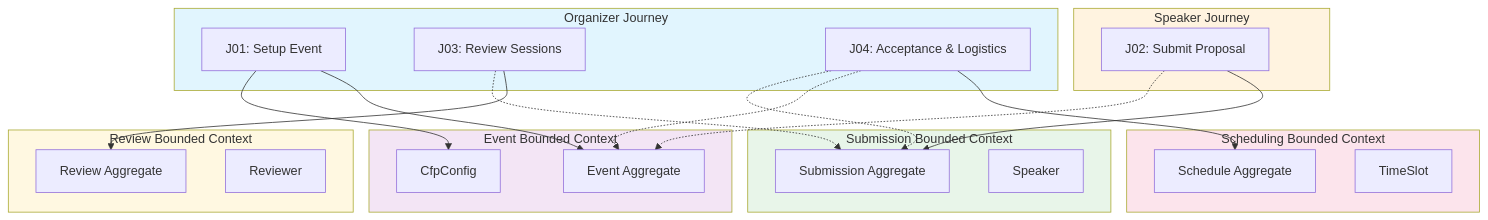
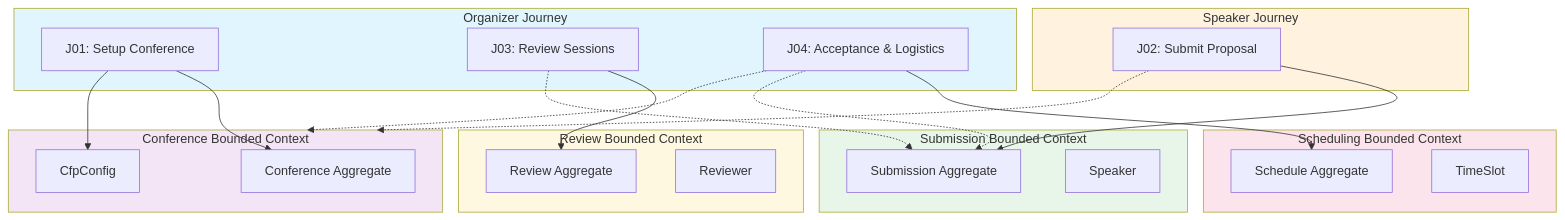
Before and after one commit to faparicior/SessioFlow: the diagram in docs/product/flows/README.md, drawn with Mermaid. The commit also changed other lines of this file and 48 other files, not shown here.

Commit message:
refactor: migrate Event bounded context to Conference bounded context in domain documentation

````diff
--- a/docs/product/flows/README.md
+++ b/docs/product/flows/README.md
@@ -119,49 +119,49 @@
 ```mermaid
 flowchart TB
     subgraph Organizer["Organizer Journey"]
-        J01[J01: Setup Event]
+        J01[J01: Setup Conference]
         J03[J03: Review Sessions]
         J04[J04: Acceptance & Logistics]
     end
 
     subgraph Speaker["Speaker Journey"]
         J02[J02: Submit Proposal]
     end
 
-    subgraph EventBC["Event Bounded Context"]
-        E[Event Aggregate]
+    subgraph ConferenceBC["Conference Bounded Context"]
+        E[Conference Aggregate]
         CFP[CfpConfig]
     end
 
     subgraph SubmissionBC["Submission Bounded Context"]
         S[Submission Aggregate]
         SP[Speaker]
     end
 
     subgraph ReviewBC["Review Bounded Context"]
         R[Review Aggregate]
         RV[Reviewer]
     end
 
     subgraph ScheduleBC["Scheduling Bounded Context"]
         SCH[Schedule Aggregate]
         TS[TimeSlot]
     end
 
     J01 --> E
     J01 --> CFP
     J02 --> S
-    J02 -.-> E
+    J02 -.-> ConferenceBC
     J03 --> R
     J03 -.-> S
     J04 --> SCH
-    J04 -.-> E
+    J04 -.-> ConferenceBC
     J04 -.-> S
 
     style Organizer fill:#e1f5fe
     style Speaker fill:#fff3e0
-    style EventBC fill:#f3e5f5
+    style ConferenceBC fill:#f3e5f5
     style SubmissionBC fill:#e8f5e9
     style ReviewBC fill:#fff8e1
     style ScheduleBC fill:#fce4ec
 ```
````
